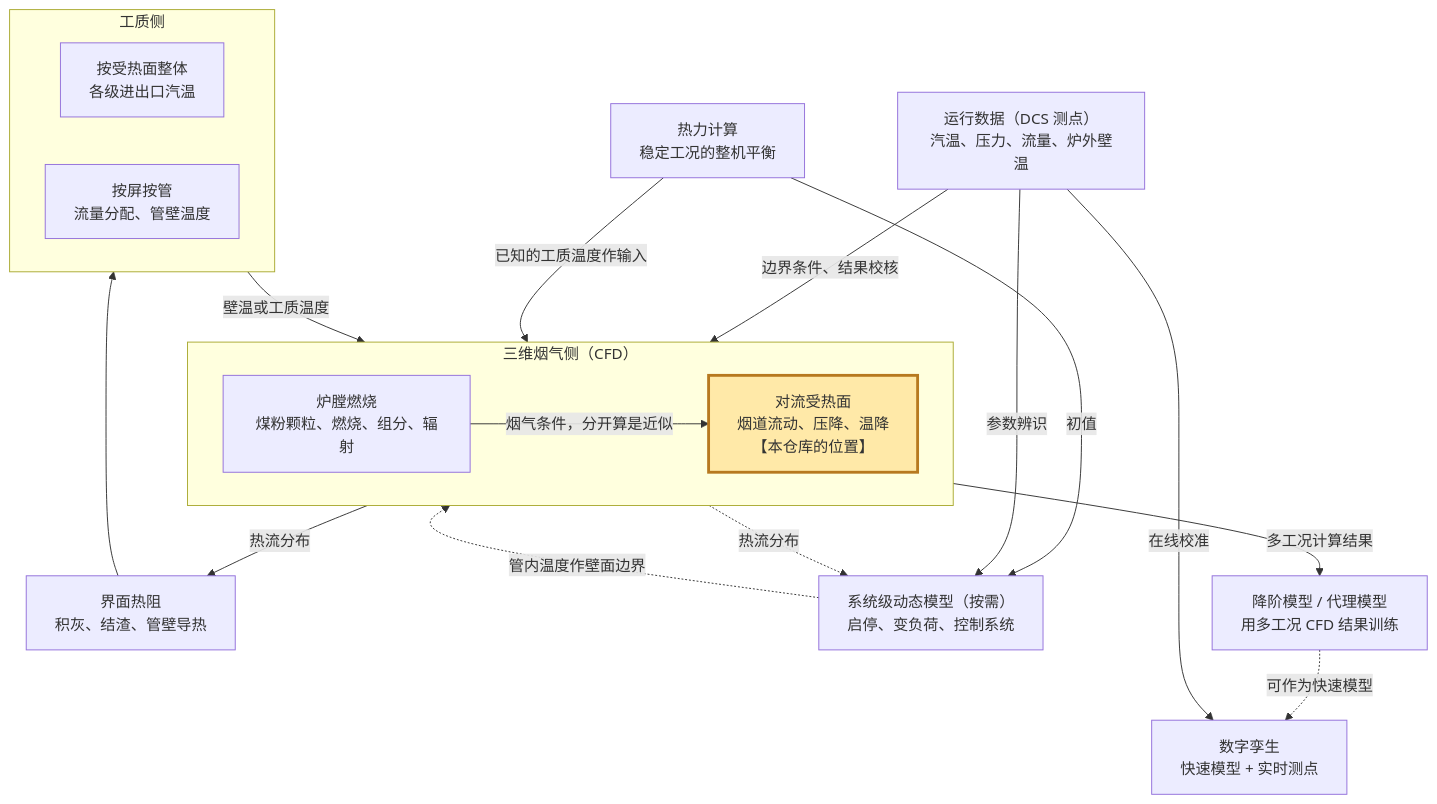
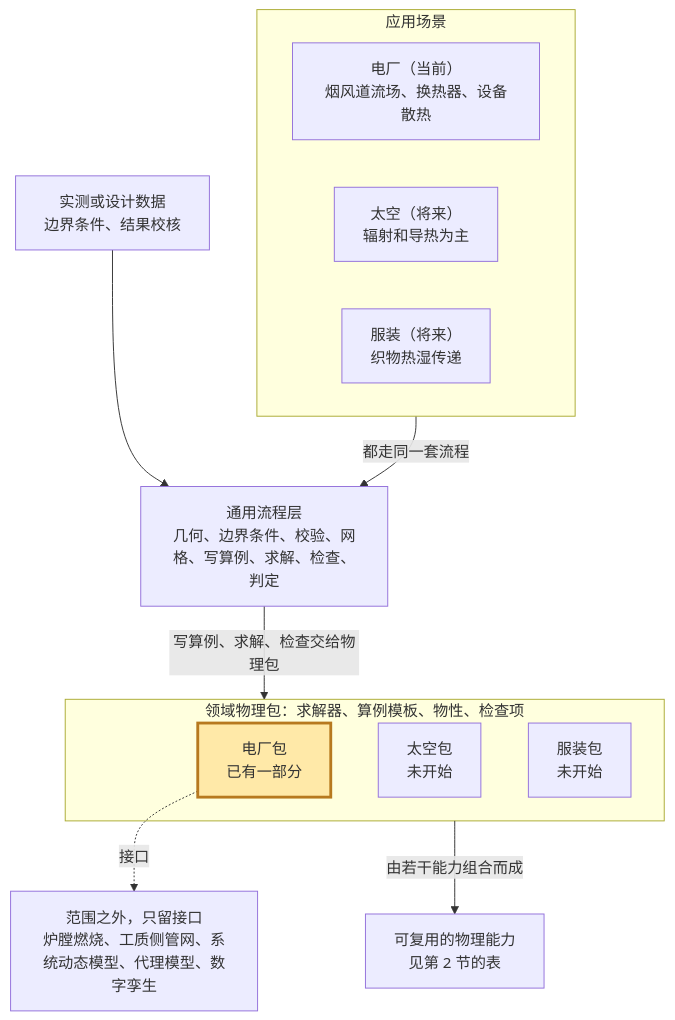
Before and after one commit to zhangxudun/zxdcfd: the diagram in docs/仿真架构关系.md, drawn with Mermaid. The commit also changed other lines of this file, not shown here.

Commit message:
docs: 架构图改为通用流程层加领域物理包的分层

````diff
--- a/docs/仿真架构关系.md
+++ b/docs/仿真架构关系.md
@@ -7,34 +7,26 @@
 ```mermaid
 flowchart TB
-    D["运行数据（DCS 测点）<br/>汽温、压力、流量、炉外壁温"]
-    TH["热力计算<br/>稳定工况的整机平衡"]
-    subgraph GAS["三维烟气侧（CFD）"]
-        F["炉膛燃烧<br/>煤粉颗粒、燃烧、组分、辐射"]
-        C["对流受热面<br/>烟道流动、压降、温降<br/>【本仓库的位置】"]
-        F -->|烟气条件，分开算是近似| C
+    subgraph APP["应用场景"]
+        A1["电厂（当前）<br/>烟风道流场、换热器、设备散热"]
+        A2["太空（将来）<br/>辐射和导热为主"]
+        A3["服装（将来）<br/>织物热湿传递"]
     end
-    R["界面热阻<br/>积灰、结渣、管壁导热"]
-    subgraph WS["工质侧"]
-        W1["按受热面整体<br/>各级进出口汽温"]
-        W2["按屏按管<br/>流量分配、管壁温度"]
+    FLOW["通用流程层<br/>几何、边界条件、校验、网格、写算例、求解、检查、判定"]
+    subgraph PACK["领域物理包：求解器、算例模板、物性、检查项"]
+        P1["电厂包<br/>已有一部分"]
+        P2["太空包<br/>未开始"]
+        P3["服装包<br/>未开始"]
     end
-    SYS["系统级动态模型（按需）<br/>启停、变负荷、控制系统"]
-    SUR["降阶模型 / 代理模型<br/>用多工况 CFD 结果训练"]
-    DT["数字孪生<br/>快速模型 + 实时测点"]
+    CAP["可复用的物理能力<br/>见第 2 节的表"]
+    DATA["实测或设计数据<br/>边界条件、结果校核"]
+    EXT["范围之外，只留接口<br/>炉膛燃烧、工质侧管网、系统动态模型、代理模型、数字孪生"]
 
-    D -->|边界条件、结果校核| GAS
-    TH -->|已知的工质温度作输入| GAS
-    GAS -->|热流分布| R
-    R --> WS
-    WS -->|壁温或工质温度| GAS
-    TH -->|初值| SYS
-    D -->|参数辨识| SYS
-    GAS -.->|热流分布| SYS
-    SYS -.->|管内温度作壁面边界| GAS
-    GAS -->|多工况计算结果| SUR
-    SUR -.->|可作为快速模型| DT
-    D -->|在线校准| DT
+    APP -->|都走同一套流程| FLOW
+    DATA --> FLOW
+    FLOW -->|写算例、求解、检查交给物理包| PACK
+    PACK -->|由若干能力组合而成| CAP
+    P1 -.->|接口| EXT
 
     classDef repo fill:#ffe9a8,stroke:#b7791f,stroke-width:3px
-    class C repo
+    class P1 repo
 ```
````
